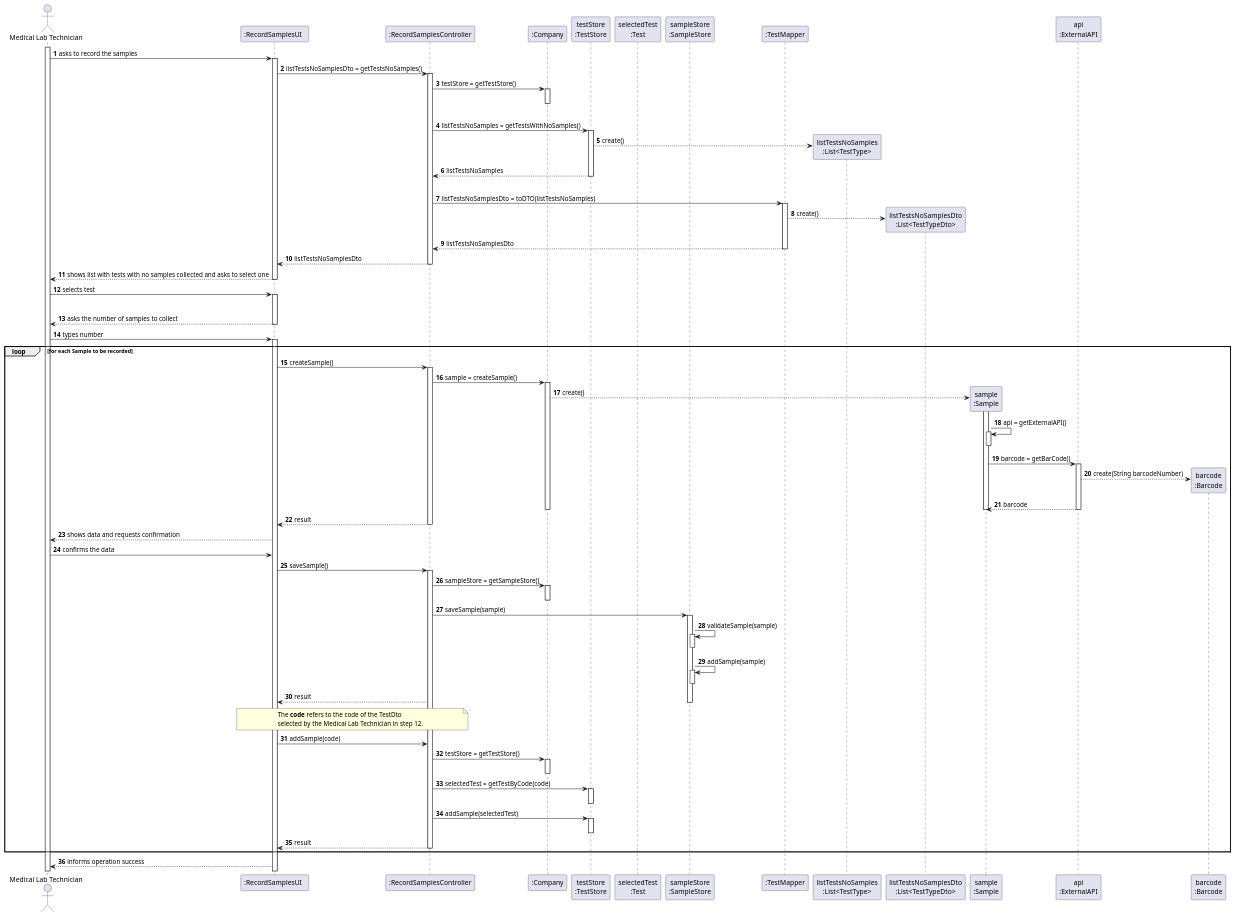
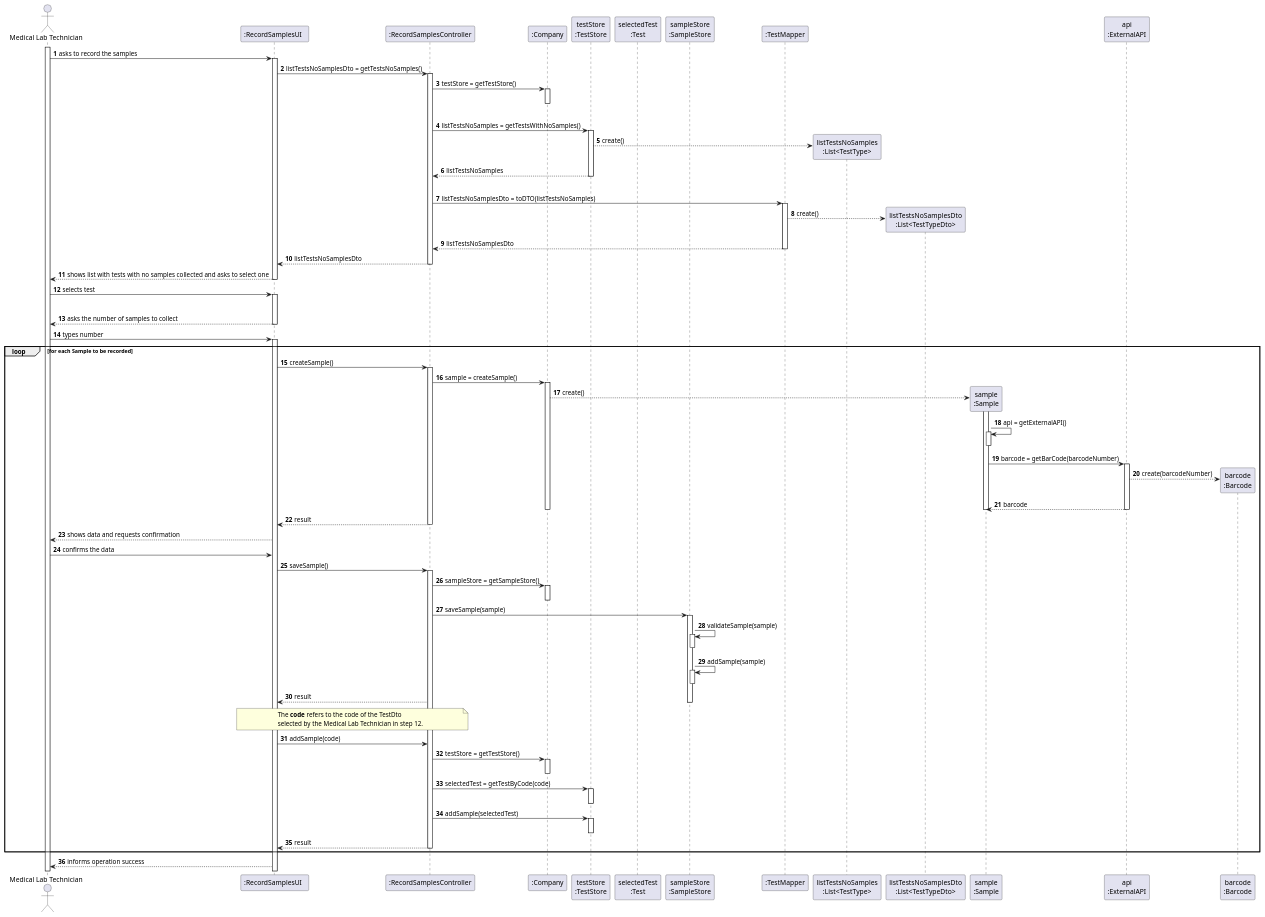
One commit to ana-albergaria/LAPR2-ISEP changed the diagram in docs/SprintC/US_5/US5_SD.puml. Above: the diagram before and after it, drawn with PlantUML. The commit also changed 2 other files, not shown here.

Commit message:
US5 Class Diagram Continuation

```diff
--- a/docs/SprintC/US_5/US5_SD.puml
+++ b/docs/SprintC/US_5/US5_SD.puml
@@ -1,192 +1,192 @@
 @startuml
 
 autonumber
 
 actor "Medical Lab Technician" as MLT
 
 participant ":RecordSamplesUI  " as UI
 participant ":RecordSamplesController" as CTRL
 participant ":Company" as COMPANY
 participant "testStore\n:TestStore" as TEST_STORE
 participant "selectedTest\n:Test" as SELECTED_TEST
 participant "sampleStore\n:SampleStore" as SAMPLE_STORE
 participant ":TestMapper" as TEST_MAPPER
 participant "listTestsNoSamples\n:List<TestType>" as LIST_TESTS_NO_SAMPLES
 participant "listTestsNoSamplesDto\n:List<TestTypeDto>" as LIST_TESTS_NO_SAMPLES_DTO
 participant "sample\n:Sample" as SAMPLE
 participant "api\n:ExternalAPI" as API
 participant "barcode\n:Barcode" as BARCODE
 
 activate MLT
 MLT -> UI : asks to record the samples
 activate UI
 
 UI -> CTRL : listTestsNoSamplesDto = getTestsNoSamples()
 activate CTRL
 
 CTRL -> COMPANY : testStore = getTestStore()
 activate COMPANY
 |||
 deactivate COMPANY
 
 CTRL -> TEST_STORE : listTestsNoSamples = getTestsWithNoSamples()
 activate TEST_STORE
 
 TEST_STORE --> LIST_TESTS_NO_SAMPLES** : create()
 
 TEST_STORE --> CTRL : listTestsNoSamples
 deactivate TEST_STORE
 |||
 
 CTRL -> TEST_MAPPER : listTestsNoSamplesDto = toDTO(listTestsNoSamples)
 activate TEST_MAPPER
 
 TEST_MAPPER --> LIST_TESTS_NO_SAMPLES_DTO** : create()
 
 TEST_MAPPER --> CTRL : listTestsNoSamplesDto
 deactivate TEST_MAPPER
 
 CTRL --> UI : listTestsNoSamplesDto
 deactivate CTRL
 
 UI --> MLT : shows list with tests with no samples collected and asks to select one
 deactivate UI
 
 
 MLT -> UI : selects test
 activate UI
 
 /'UI -> UI : selectedTestDto = (TestDto) Utils.showAndSelectOne(listTestWithNoSamplesDto, "msg")
 activate UI
 deactivate UI'/
 
 /'note over UI, CTRL
 The **code** refers to the code of the TestDto
 selected by the Medical Lab Technician.
 end note
 UI -> CTRL : selectedTest = getTestByCode(code)
 activate CTRL
 
 CTRL -> COMPANY : testStore = getTestStore()
 activate COMPANY
 deactivate COMPANY
 
 CTRL -> TEST_STORE : selectedTest = getTestByCode(code)
 activate TEST_STORE
 TEST_STORE --> SELECTED_TEST** : create()
 TEST_STORE --> CTRL : selectedTest
 deactivate TEST_STORE
 
 CTRL --> UI : selectedTest'/
 
 deactivate CTRL
 
 
 UI --> MLT : asks the number of samples to collect
 deactivate UI
 
 MLT -> UI : types number
 activate UI
 
 loop for each Sample to be recorded
 UI -> CTRL : createSample()
 activate CTRL
 
 CTRL -> COMPANY : sample = createSample()
 activate COMPANY
 
 COMPANY --> SAMPLE** : create()
 
 
 activate SAMPLE
 
 
 SAMPLE -> SAMPLE : api = getExternalAPI()
 activate SAMPLE
 deactivate SAMPLE
 
 
 
-SAMPLE -> API : barcode = getBarCode()
+SAMPLE -> API : barcode = getBarCode(barcodeNumber)
 activate API
 
-API --> BARCODE** : create(String barcodeNumber)
+API --> BARCODE** : create(barcodeNumber)
 
 API --> SAMPLE : barcode
 deactivate SAMPLE
 deactivate COMPANY
 deactivate API
 
 CTRL --> UI : result
 deactivate CTRL
 
 
 
 UI --> MLT : shows data and requests confirmation
 
 MLT -> UI : confirms the data
 
 UI -> CTRL : saveSample()
 activate CTRL
 
 CTRL -> COMPANY : sampleStore = getSampleStore()
 activate COMPANY
 deactivate COMPANY
 
 CTRL -> SAMPLE_STORE : saveSample(sample)
 activate SAMPLE_STORE
 
 
 SAMPLE_STORE -> SAMPLE_STORE : validateSample(sample)
 activate SAMPLE_STORE
 deactivate SAMPLE_STORE
 
 SAMPLE_STORE -> SAMPLE_STORE : addSample(sample)
 activate SAMPLE_STORE
 deactivate SAMPLE_STORE
 
 CTRL --> UI : result
 
 deactivate SAMPLE_STORE
 
 
 
 note over UI, CTRL
 The **code** refers to the code of the TestDto
 selected by the Medical Lab Technician in step 12.
 end note
 UI -> CTRL : addSample(code)
 
 
 
 
 CTRL -> COMPANY : testStore = getTestStore()
 activate COMPANY
 deactivate COMPANY
 
 CTRL -> TEST_STORE : selectedTest = getTestByCode(code)
 activate TEST_STORE
 deactivate TEST_STORE
 
 CTRL -> TEST_STORE : addSample(selectedTest)
 activate TEST_STORE
 deactivate TEST_STORE
 
 
 /'dentro do método addSample, vai-se verificar se a sample já está lá?'/
 
 CTRL --> UI : result
 
 deactivate CTRL
 
 end
 
 UI --> MLT : informs operation success
 
 
 /'colocar requests confirmation
 e confirms the data em cima'/
 
 
 
 @enduml
```
